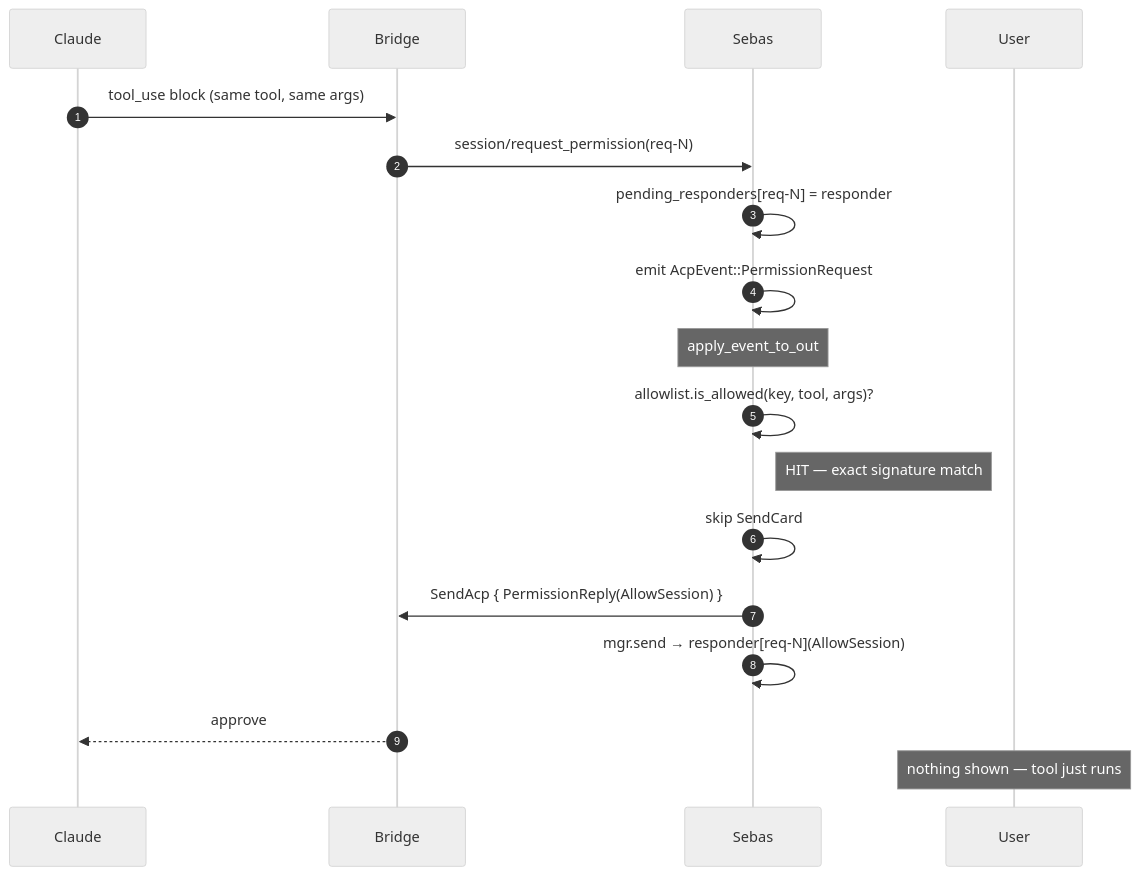
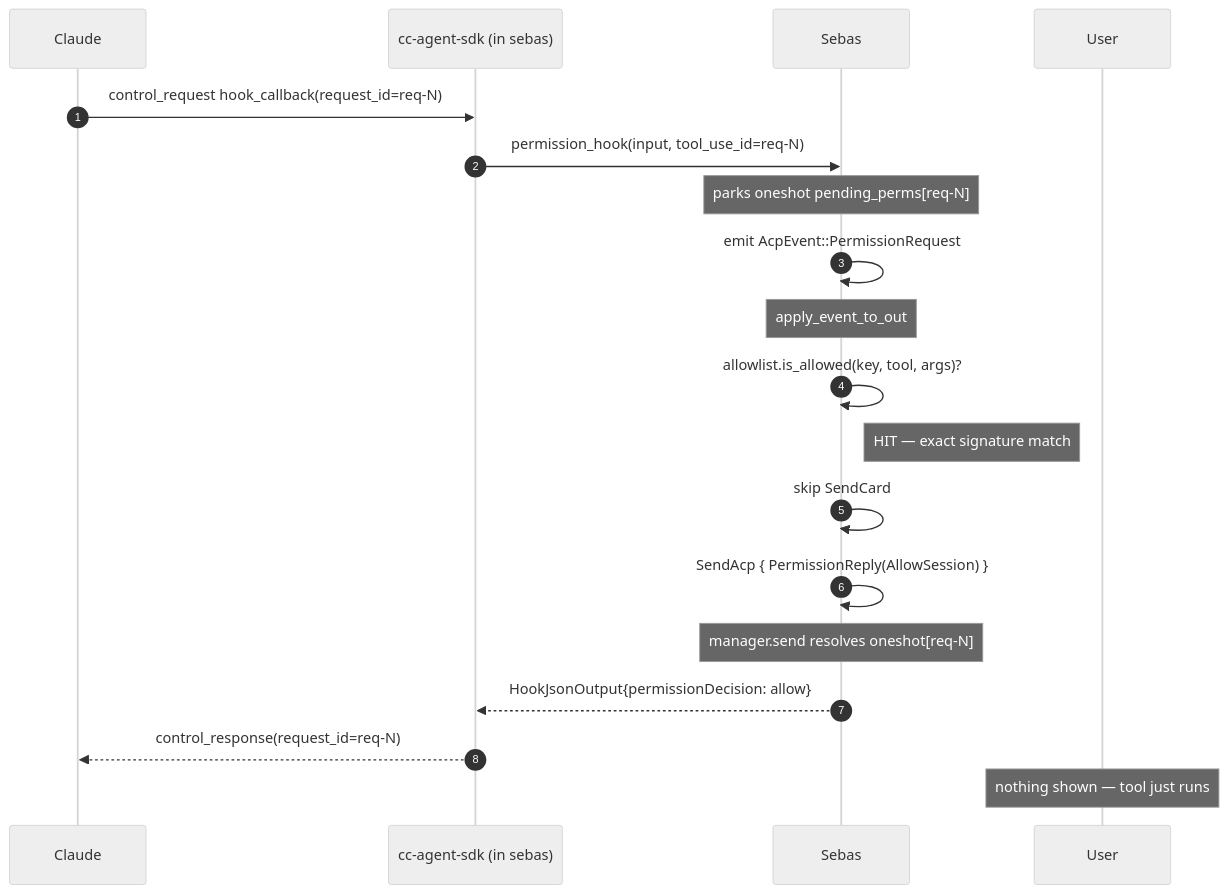
One commit to cupen/sebas changed the second of 4 diagrams in docs/perm-flow/sequence.md. Above: the diagram before and after it, drawn with Mermaid (neutral theme). The commit also changed other lines of this file and 30 other files, not shown here.

First line of the commit message:
chore: remove ACP bridge legacy (crate, hook script, ACP dependency)

````diff
--- a/docs/perm-flow/sequence.md
+++ b/docs/perm-flow/sequence.md
@@ -73,23 +82,24 @@
 ```mermaid
 sequenceDiagram
     autonumber
     participant Claude
-    participant Bridge
+    participant SDK as cc-agent-sdk (in sebas)
     participant Sebas
     participant User
 
-    Claude->>Bridge: tool_use block (same tool, same args)
-    Bridge->>Sebas: session/request_permission(req-N)
-    Sebas->>Sebas: pending_responders[req-N] = responder
+    Claude->>SDK: control_request hook_callback(request_id=req-N)
+    SDK->>Sebas: permission_hook(input, tool_use_id=req-N)
+    Note over Sebas: parks oneshot pending_perms[req-N]
     Sebas->>Sebas: emit AcpEvent::PermissionRequest
 
     Note over Sebas: apply_event_to_out
     Sebas->>Sebas: allowlist.is_allowed(key, tool, args)?
     Note right of Sebas: HIT — exact signature match
     Sebas->>Sebas: skip SendCard
-    Sebas->>Bridge: SendAcp { PermissionReply(AllowSession) }
-    Sebas->>Sebas: mgr.send → responder[req-N](AllowSession)
+    Sebas->>Sebas: SendAcp { PermissionReply(AllowSession) }
+    Note over Sebas: manager.send resolves oneshot[req-N]
 
-    Bridge-->>Claude: approve
+    Sebas-->>SDK: HookJsonOutput{permissionDecision: allow}
+    SDK-->>Claude: control_response(request_id=req-N)
     Note over User: nothing shown — tool just runs
 ```
````
